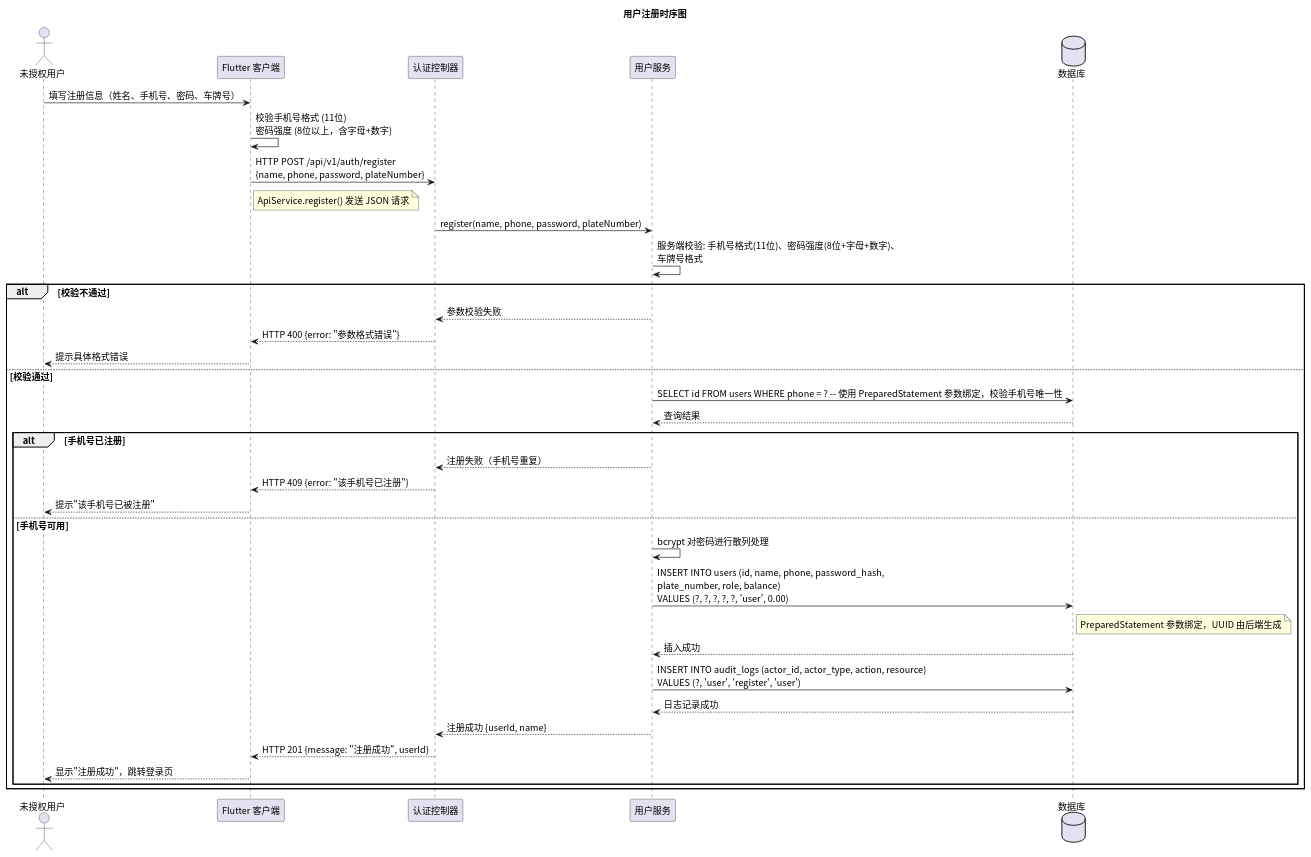
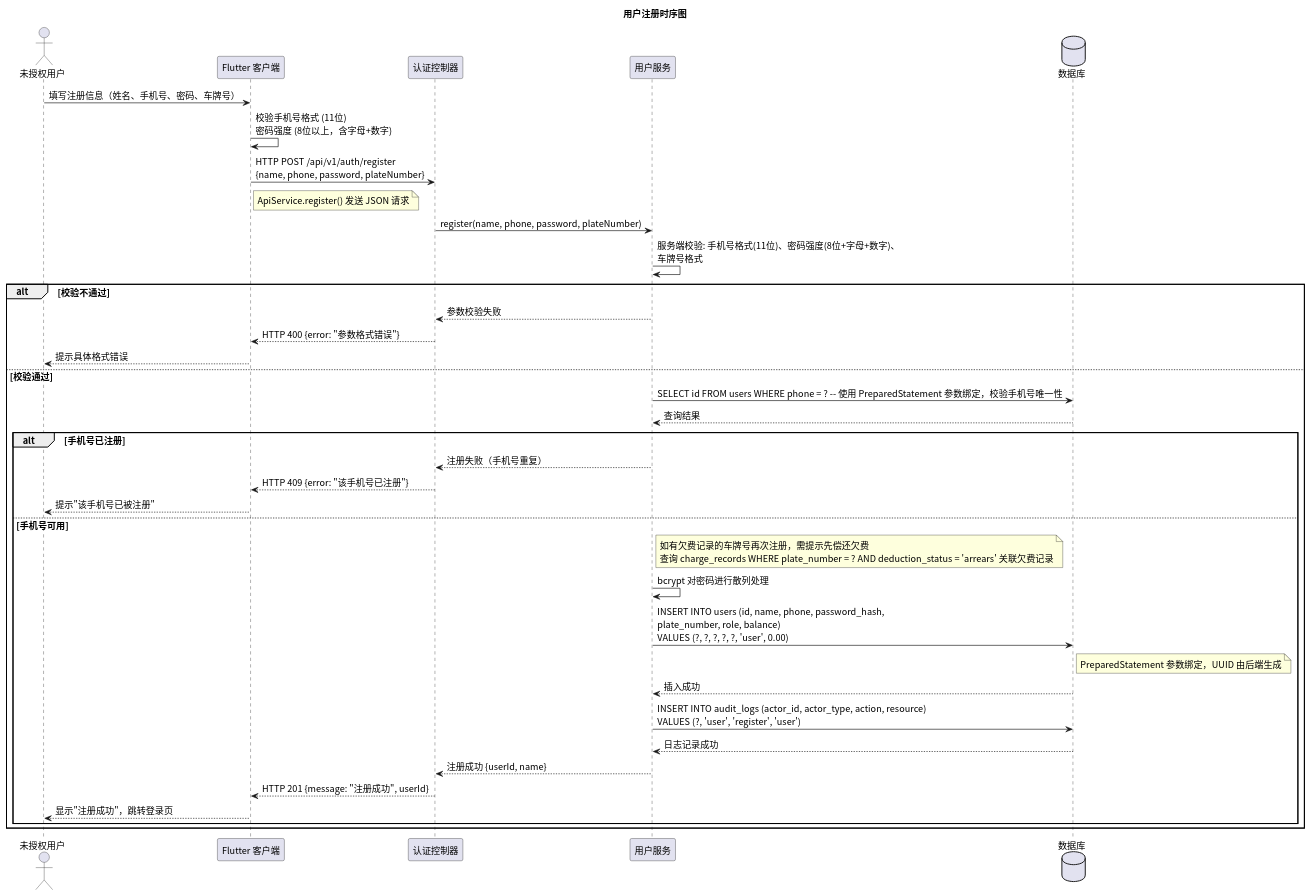
The diagram in time/src/sequence_register.puml (greenhandzdl/charging-station-doc), drawn with PlantUML before and after one commit. The commit also changed 30 other files, not shown here.

First line of the commit message:
fix: 架构评估修复 — 状态图/ER图/用例图修正、安全漏洞修复

```diff
--- a/time/src/sequence_register.puml
+++ b/time/src/sequence_register.puml
@@ -1,49 +1,50 @@
 @startuml
 skinparam defaultFontName "Noto Sans CJK SC"
 skinparam defaultFontSize 14
 title 用户注册时序图
 
 ' 所有 SQL 操作使用 PreparedStatement 参数绑定，禁止字符串拼接
 actor 未授权用户 as U
 participant "Flutter 客户端" as FE
 participant "认证控制器" as Ctrl
 participant "用户服务" as US
 database 数据库 as DB
 
 U -> FE: 填写注册信息（姓名、手机号、密码、车牌号）
 FE -> FE: 校验手机号格式 (11位)\n密码强度 (8位以上，含字母+数字)
 FE -> Ctrl: HTTP POST /api/v1/auth/register\n{name, phone, password, plateNumber}
 note right FE : ApiService.register() 发送 JSON 请求
 
 Ctrl -> US: register(name, phone, password, plateNumber)
 
 US -> US: 服务端校验: 手机号格式(11位)、密码强度(8位+字母+数字)、\n车牌号格式
 
 alt 校验不通过
   US --> Ctrl: 参数校验失败
   Ctrl --> FE: HTTP 400 {error: "参数格式错误"}
   FE --> U: 提示具体格式错误
 else 校验通过
 
   US -> DB: SELECT id FROM users WHERE phone = ? -- 使用 PreparedStatement 参数绑定，校验手机号唯一性
 DB --> US: 查询结果
 
 alt 手机号已注册
   US --> Ctrl: 注册失败（手机号重复）
   Ctrl --> FE: HTTP 409 {error: "该手机号已注册"}
   FE --> U: 提示"该手机号已被注册"
 else 手机号可用
+  note right US : 如有欠费记录的车牌号再次注册，需提示先偿还欠费\n查询 charge_records WHERE plate_number = ? AND deduction_status = 'arrears' 关联欠费记录
   US -> US: bcrypt 对密码进行散列处理
   US -> DB: INSERT INTO users (id, name, phone, password_hash,\nplate_number, role, balance)\nVALUES (?, ?, ?, ?, ?, 'user', 0.00)
   note right DB : PreparedStatement 参数绑定，UUID 由后端生成
   DB --> US: 插入成功
 
   US -> DB: INSERT INTO audit_logs (actor_id, actor_type, action, resource)\nVALUES (?, 'user', 'register', 'user')
   DB --> US: 日志记录成功
 
   US --> Ctrl: 注册成功 {userId, name}
   Ctrl --> FE: HTTP 201 {message: "注册成功", userId}
   FE --> U: 显示"注册成功"，跳转登录页
   end
 end
 @enduml
```
